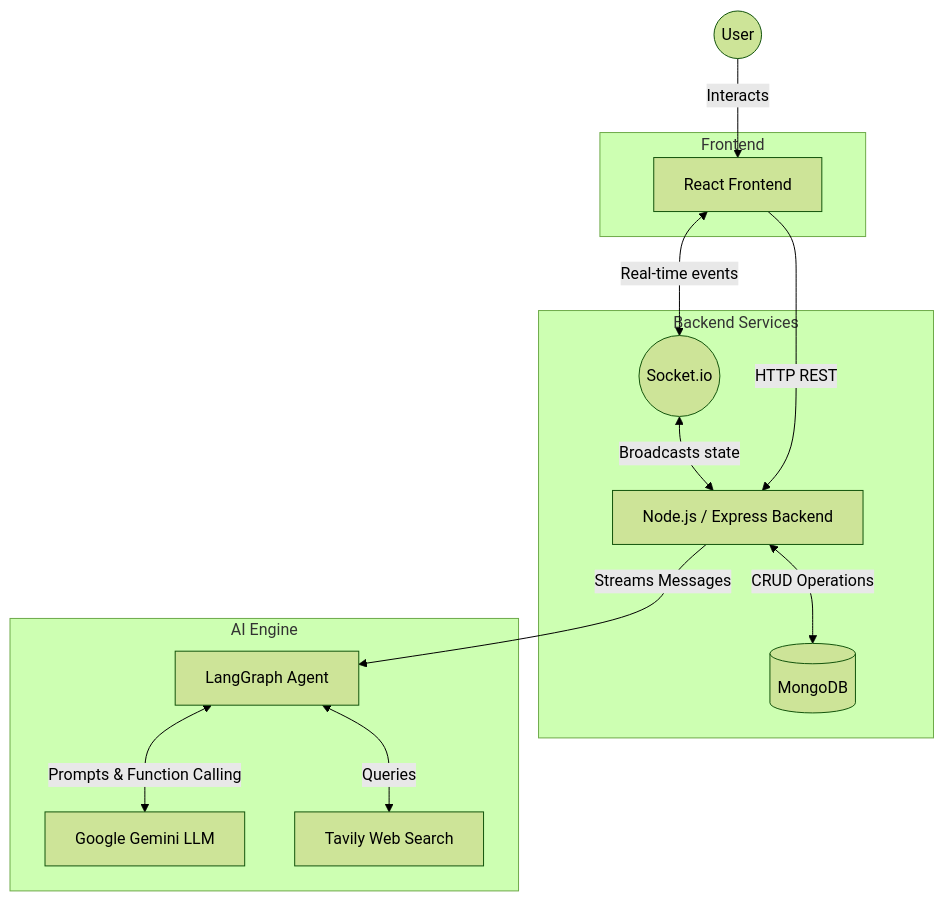
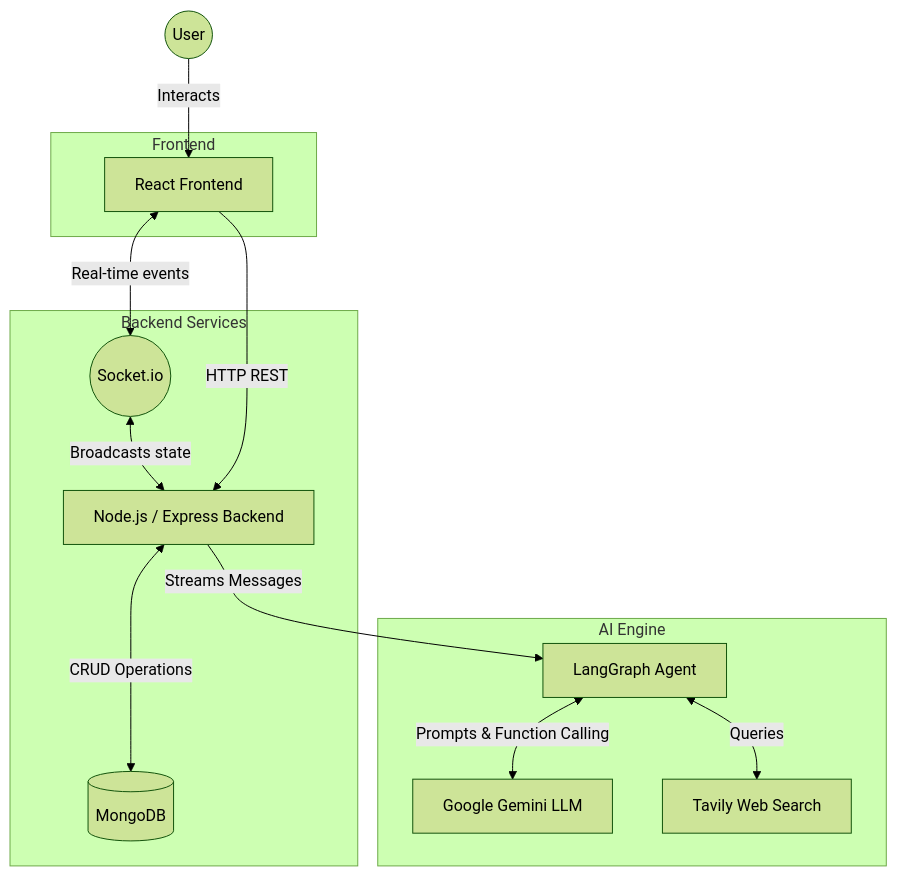
Before and after one commit to Shivansh2409/perplexity: the diagram in README.md, drawn with Mermaid (forest theme).

````diff
--- a/README.md
+++ b/README.md
@@ -60,43 +60,43 @@
 ```mermaid
 graph TD
     %% Entities
     User((User))
     Client[React Frontend]
     Server[Node.js / Express Backend]
     DB[(MongoDB)]
     Socket((Socket.io))
     LangGraph[LangGraph Agent]
     Gemini[Google Gemini LLM]
     Tavily[Tavily Web Search]
 
     %% Interactions
     User -->|Interacts| Client
     Client <-->|Real-time events| Socket
     Socket <-->|Broadcasts state| Server
     Client -->|HTTP REST| Server
     
-    %% Backend Logic
-    Server <-->|CRUD Operations| DB
+    %%   Backend Logic
+    Server <--->|CRUD Operations| DB
     Server -->|Streams Messages| LangGraph
     
     %% AI Logic
     LangGraph <-->|Prompts & Function Calling| Gemini
     LangGraph <-->|Queries| Tavily
     
     %% Subgraph Groupings
     subgraph Frontend
         Client
     end
     
     subgraph Backend Services
         Server
         Socket
         DB
     end
     
     subgraph AI Engine
         LangGraph
         Gemini
         Tavily
     end
 ```
````
